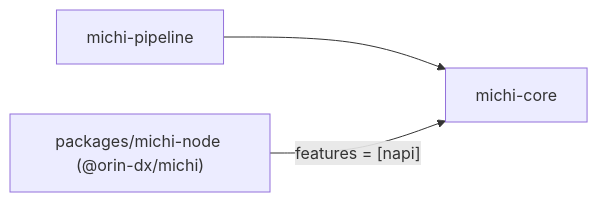
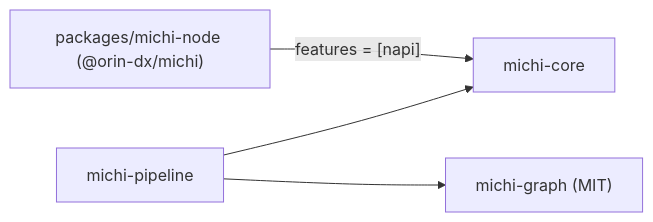
The first of 2 diagrams in ARCHITECTURE.md (orin-dx/michi), drawn with Mermaid before and after one commit. The commit also changed other lines of this file and 29 other files, not shown here.

First line of the commit message:
feat(michi-graph): MIT dependency-graph crate; Plan builds on it

````diff
--- a/ARCHITECTURE.md
+++ b/ARCHITECTURE.md
@@ -21,9 +22,11 @@
 ```mermaid
 graph LR
     core["michi-core"]
+    graphcrate["michi-graph (MIT)"]
     pipeline["michi-pipeline"]
     node["packages/michi-node (@orin-dx/michi)"]
 
     pipeline --> core
+    pipeline --> graphcrate
     node -- "features = [napi]" --> core
 ```
````
